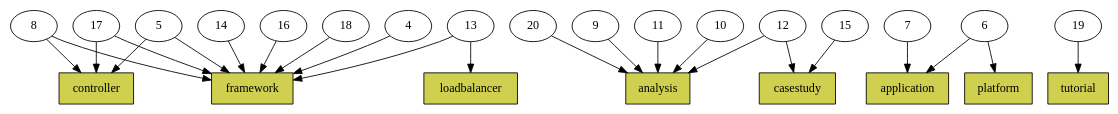
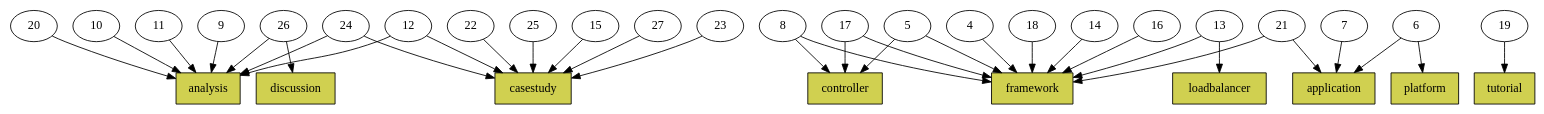
The diagram in graphs/sldgraph-nature.dot (serviceprototypinglab/kubernetes-literature-dataset), drawn with Graphviz before and after one commit. The commit also changed 22 other files, not shown here.

```diff
--- a/graphs/sldgraph-nature.dot
+++ b/graphs/sldgraph-nature.dot
@@ -1,51 +1,69 @@
 digraph sldgraph {
 overlap=false;
-_S16085 -> _S95448;
-_S16085 -> _S57226;
-_S32043 -> _S95448;
-_S10607 -> _S95448;
-_S96475 -> _S95448;
-_S96475 -> _S57226;
-_S52271 -> _S77698;
-_S22310 -> _S77698;
-_S86437 -> _S77698;
-_S86437 -> _S59500;
-_S47873 -> _S95448;
-_S14867 -> _S46700;
-_S14867 -> _S95734;
-_S95453 -> _S46700;
-_S48466 -> _S20269;
-_S48466 -> _S95448;
-_S31454 -> _S77698;
-_S98445 -> _S89728;
-_S88481 -> _S95448;
-_S88481 -> _S57226;
-_S78323 -> _S95448;
-_S60289 -> _S59500;
-_S89876 -> _S77698;
-_S31454 [label="11"];
-_S57226 [label="controller",shape=box,style=filled,fillcolor="#d0d050"];
-_S95734 [label="platform",shape=box,style=filled,fillcolor="#d0d050"];
-_S86437 [label="12"];
-_S32043 [label="14"];
-_S46700 [label="application",shape=box,style=filled,fillcolor="#d0d050"];
-_S48466 [label="13"];
-_S98445 [label="19"];
-_S59500 [label="casestudy",shape=box,style=filled,fillcolor="#d0d050"];
-_S10607 [label="16"];
-_S88481 [label="5"];
-_S22310 [label="9"];
-_S20269 [label="loadbalancer",shape=box,style=filled,fillcolor="#d0d050"];
-_S16085 [label="8"];
-_S77698 [label="analysis",shape=box,style=filled,fillcolor="#d0d050"];
-_S60289 [label="15"];
-_S78323 [label="4"];
-_S95448 [label="framework",shape=box,style=filled,fillcolor="#d0d050"];
-_S52271 [label="20"];
-_S89876 [label="10"];
-_S95453 [label="7"];
-_S47873 [label="18"];
-_S14867 [label="6"];
-_S96475 [label="17"];
-_S89728 [label="tutorial",shape=box,style=filled,fillcolor="#d0d050"];
+_S94535 -> _S25188;
+_S23506 -> _S25188;
+_S32885 -> _S25188;
+_S32885 -> _S79863;
+_S54922 -> _S79863;
+_S20350 -> _S46817;
+_S79171 -> _S46817;
+_S79171 -> _S77371;
+_S96855 -> _S79863;
+_S67566 -> _S79863;
+_S13116 -> _S46817;
+_S76633 -> _S88835;
+_S76633 -> _S46817;
+_S83106 -> _S46817;
+_S83106 -> _S77371;
+_S94883 -> _S46817;
+_S94883 -> _S77371;
+_S46399 -> _S20536;
+_S83952 -> _S79863;
+_S50958 -> _S25188;
+_S39887 -> _S46817;
+_S64606 -> _S18616;
+_S21971 -> _S25188;
+_S88914 -> _S25188;
+_S88914 -> _S48233;
+_S14623 -> _S25188;
+_S14623 -> _S79863;
+_S74239 -> _S46817;
+_S77634 -> _S18616;
+_S77634 -> _S46817;
+_S67520 -> _S79863;
+_S68812 -> _S18616;
+_S68812 -> _S72820;
+_S94883 [label="5"];
+_S25188 [label="analysis",shape=box,style=filled,fillcolor="#d0d050"];
+_S67520 [label="27"];
+_S54922 [label="23"];
+_S14623 [label="12"];
+_S48233 [label="discussion",shape=box,style=filled,fillcolor="#d0d050"];
+_S96855 [label="22"];
+_S64606 [label="7"];
+_S18616 [label="application",shape=box,style=filled,fillcolor="#d0d050"];
+_S79863 [label="casestudy",shape=box,style=filled,fillcolor="#d0d050"];
+_S77634 [label="21"];
+_S83952 [label="15"];
+_S39887 [label="18"];
+_S20536 [label="tutorial",shape=box,style=filled,fillcolor="#d0d050"];
+_S83106 [label="17"];
+_S21971 [label="9"];
+_S23506 [label="10"];
+_S68812 [label="6"];
+_S74239 [label="14"];
+_S94535 [label="20"];
+_S46399 [label="19"];
+_S88835 [label="loadbalancer",shape=box,style=filled,fillcolor="#d0d050"];
+_S20350 [label="16"];
+_S88914 [label="26"];
+_S79171 [label="8"];
+_S67566 [label="25"];
+_S72820 [label="platform",shape=box,style=filled,fillcolor="#d0d050"];
+_S76633 [label="13"];
+_S46817 [label="framework",shape=box,style=filled,fillcolor="#d0d050"];
+_S50958 [label="11"];
+_S13116 [label="4"];
+_S77371 [label="controller",shape=box,style=filled,fillcolor="#d0d050"];
+_S32885 [label="24"];
 }
```
